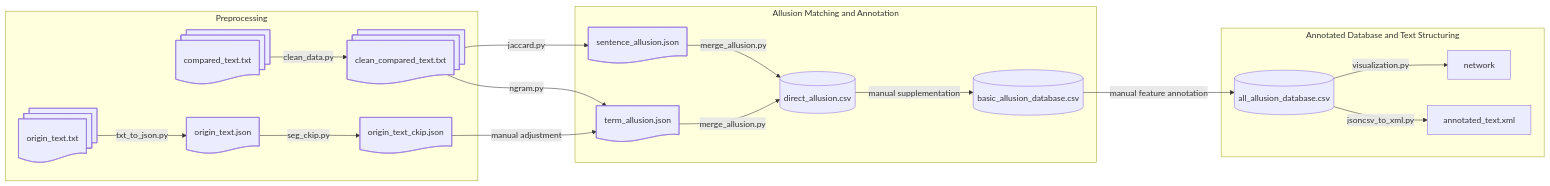
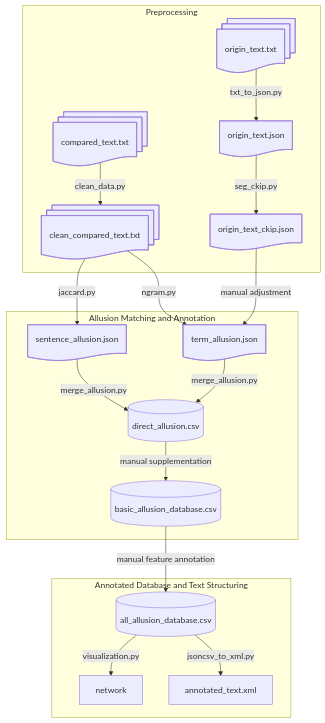
The diagram in README.md (Taoyi-Chiang/lufu_allusion), drawn with Mermaid before and after one commit.

````diff
--- a/README.md
+++ b/README.md
@@ -3,49 +3,49 @@
 ```mermaid
-graph LR
+graph TD
     %% 定義各個節點
     A1["origin_text.txt"]
     A2["compared_text.txt"]
     A3["clean_compared_text.txt"]
     B1["origin_text.json"]
     B2["origin_text_ckip.json"]
     C1["sentence_allusion.json"]
     C2["term_allusion.json"]
     D1[(direct_allusion.csv)]
     E1[(basic_allusion_database.csv)]
     E2[(all_allusion_database.csv)]
     F1[network]
     F2[annotated_text.xml]
 
     %% 前處理階段
     subgraph Preprocessing
         A1-->|txt_to_json.py|B1
         B1-->|seg_ckip.py|B2
         A2-->|clean_data.py|A3
     end
 
     %% 比對階段
     subgraph Allusion Matching and Annotation
         B2-->|manual adjustment|C2
         A3-->|jaccard.py|C1
         A3-->|ngram.py|C2
         C1-->|merge_allusion.py|D1
         C2-->|merge_allusion.py|D1
         D1-->|manual supplementation|E1
     end
 
     %% 標記與結構化階段
     subgraph Annotated Database and Text Structuring
         E1-->|manual feature annotation|E2
         E2-->|visualization.py|F1
         E2-->|jsoncsv_to_xml.py|F2
     end
 
     %% 定義形狀
     A1@{ shape: docs}
     A2@{ shape: docs}
     A3@{ shape: docs}
     B1@{ shape: doc}
     B2@{ shape: doc}
     C1@{ shape: doc}
     C2@{ shape: doc}
 ```
````
